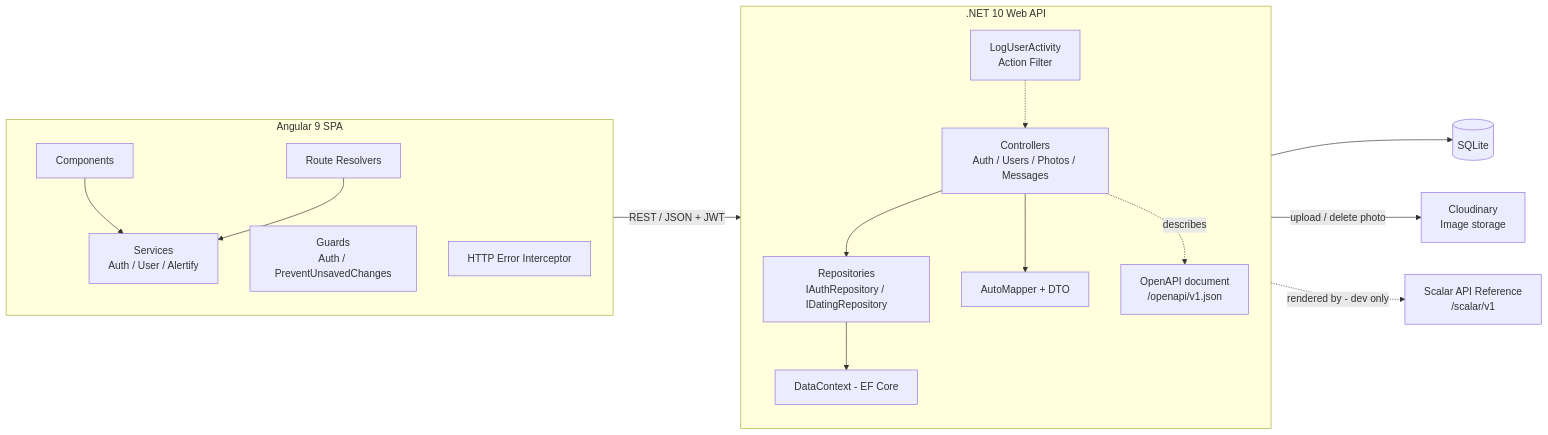
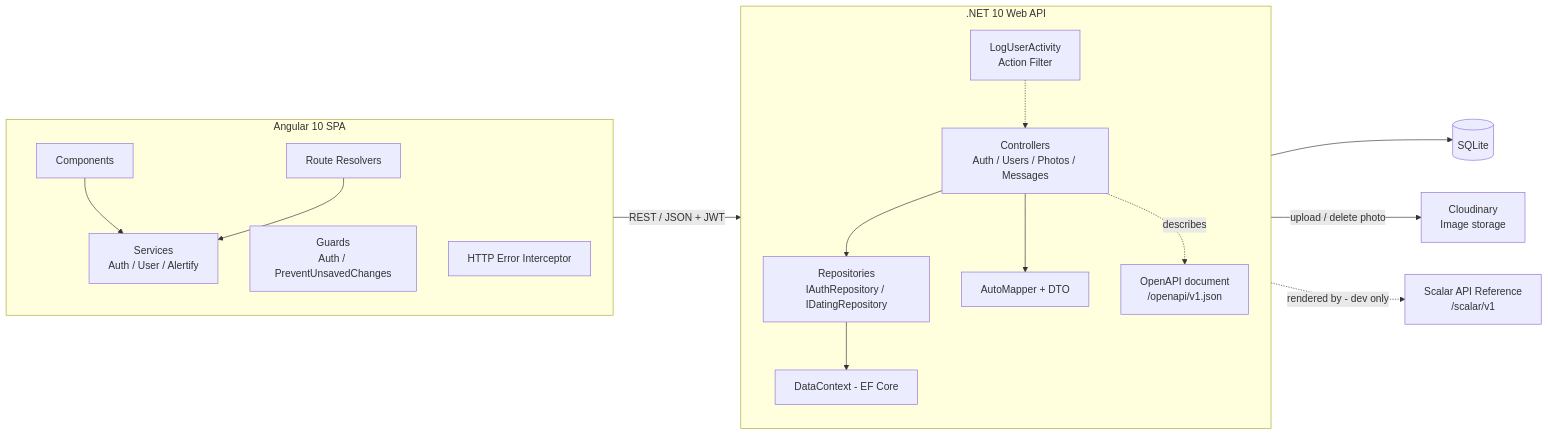
The first of 5 diagrams in README.md (NisanurBulut/KimOkurAPP), drawn with Mermaid before and after one commit. The commit also changed other lines of this file and 7 other files, not shown here.

````diff
--- a/README.md
+++ b/README.md
@@ -74,29 +74,29 @@
 ```mermaid
 flowchart LR
-    subgraph SPA["Angular 9 SPA"]
+    subgraph SPA["Angular 10 SPA"]
         direction TB
         CMP["Components"] --> SRV["Services<br/>Auth / User / Alertify"]
         RES["Route Resolvers"] --> SRV
         GRD["Guards<br/>Auth / PreventUnsavedChanges"]
         INT["HTTP Error Interceptor"]
     end
 
     subgraph API[".NET 10 Web API"]
         direction TB
         CTR["Controllers<br/>Auth / Users / Photos / Messages"] --> REP["Repositories<br/>IAuthRepository / IDatingRepository"]
         CTR --> MAP["AutoMapper + DTO"]
         FLT["LogUserActivity<br/>Action Filter"] -.-> CTR
         REP --> CTX["DataContext - EF Core"]
         OAS["OpenAPI document<br/>/openapi/v1.json"]
     end
 
     DB[("SQLite")]
     CLD["Cloudinary<br/>Image storage"]
     SCL["Scalar API Reference<br/>/scalar/v1"]
 
     SRV -->|"REST / JSON + JWT"| CTR
     CTX --> DB
     CTR -->|"upload / delete photo"| CLD
     CTR -.->|"describes"| OAS
     OAS -.->|"rendered by - dev only"| SCL
 ```
````
